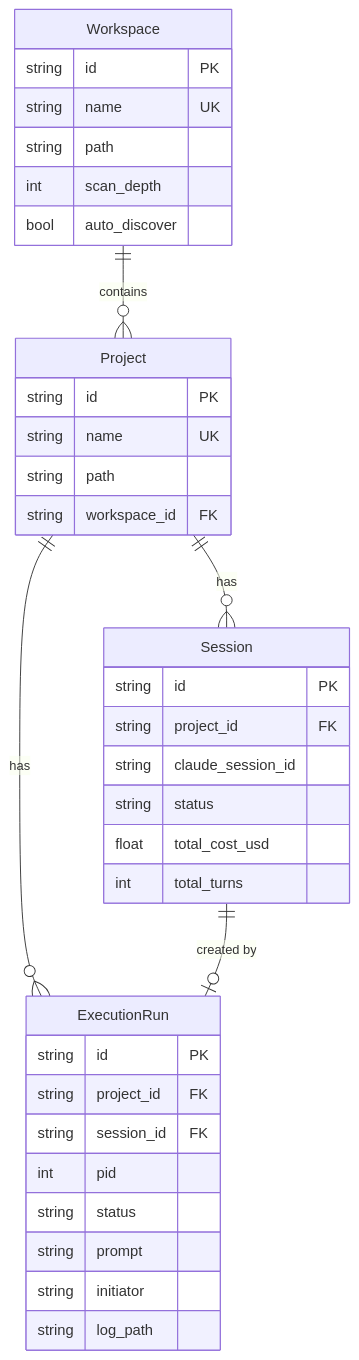
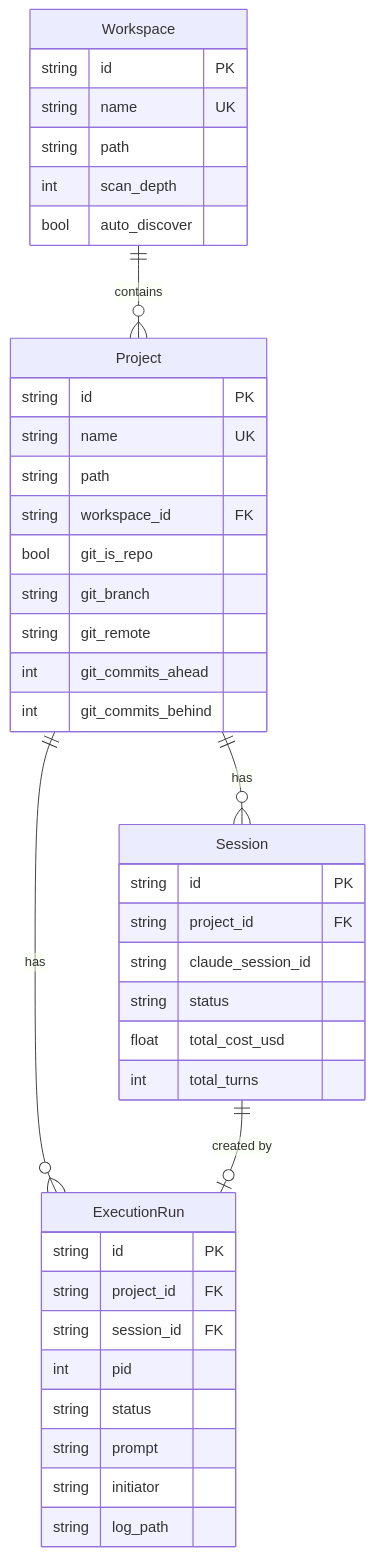
One commit to carrotly-ai/gluon-agent changed the second of 11 diagrams in README.md. Above: the diagram before and after it, drawn with Mermaid. The commit also changed other lines of this file and 8 other files, not shown here.

````diff
--- a/README.md
+++ b/README.md
@@ -110,42 +128,47 @@
 ```mermaid
 erDiagram
     Workspace ||--o{ Project : contains
     Project ||--o{ Session : has
     Project ||--o{ ExecutionRun : has
     Session ||--o| ExecutionRun : "created by"
 
     Workspace {
         string id PK
         string name UK
         string path
         int scan_depth
         bool auto_discover
     }
 
     Project {
         string id PK
         string name UK
         string path
         string workspace_id FK
+        bool git_is_repo
+        string git_branch
+        string git_remote
+        int git_commits_ahead
+        int git_commits_behind
     }
 
     Session {
         string id PK
         string project_id FK
         string claude_session_id
         string status
         float total_cost_usd
         int total_turns
     }
 
     ExecutionRun {
         string id PK
         string project_id FK
         string session_id FK
         int pid
         string status
         string prompt
         string initiator
         string log_path
     }
 ```
````
